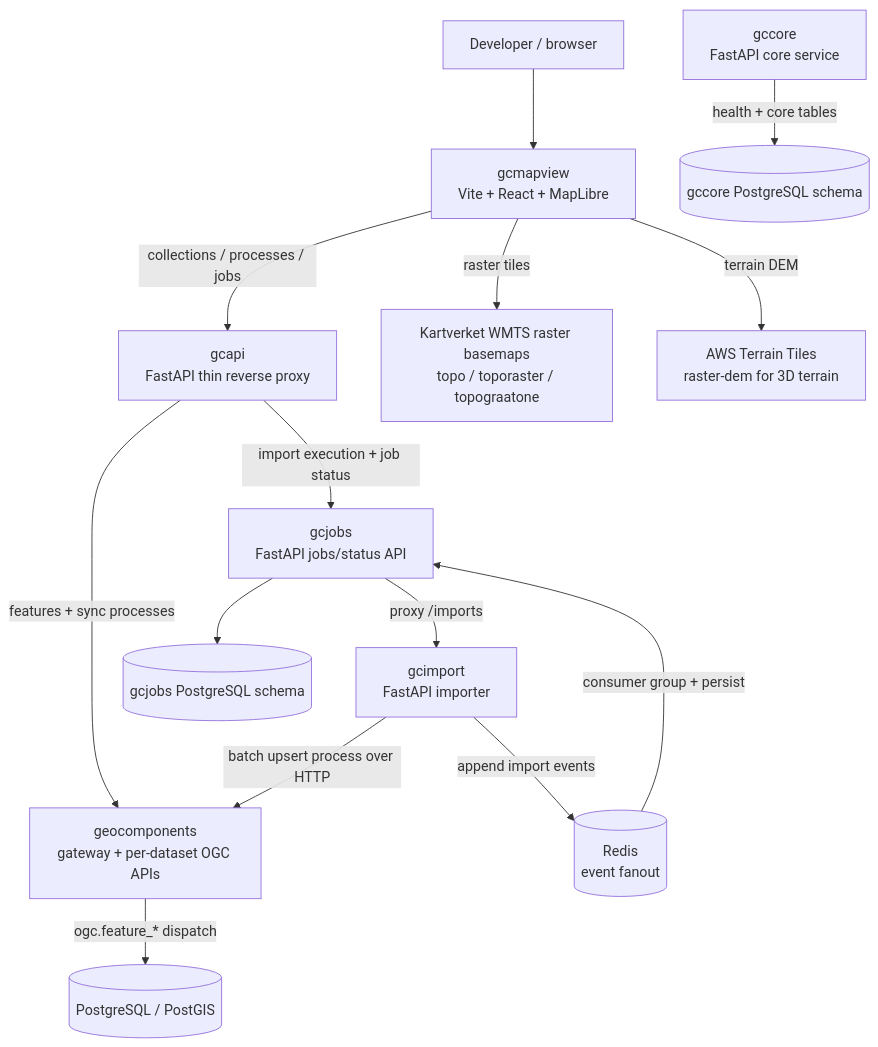
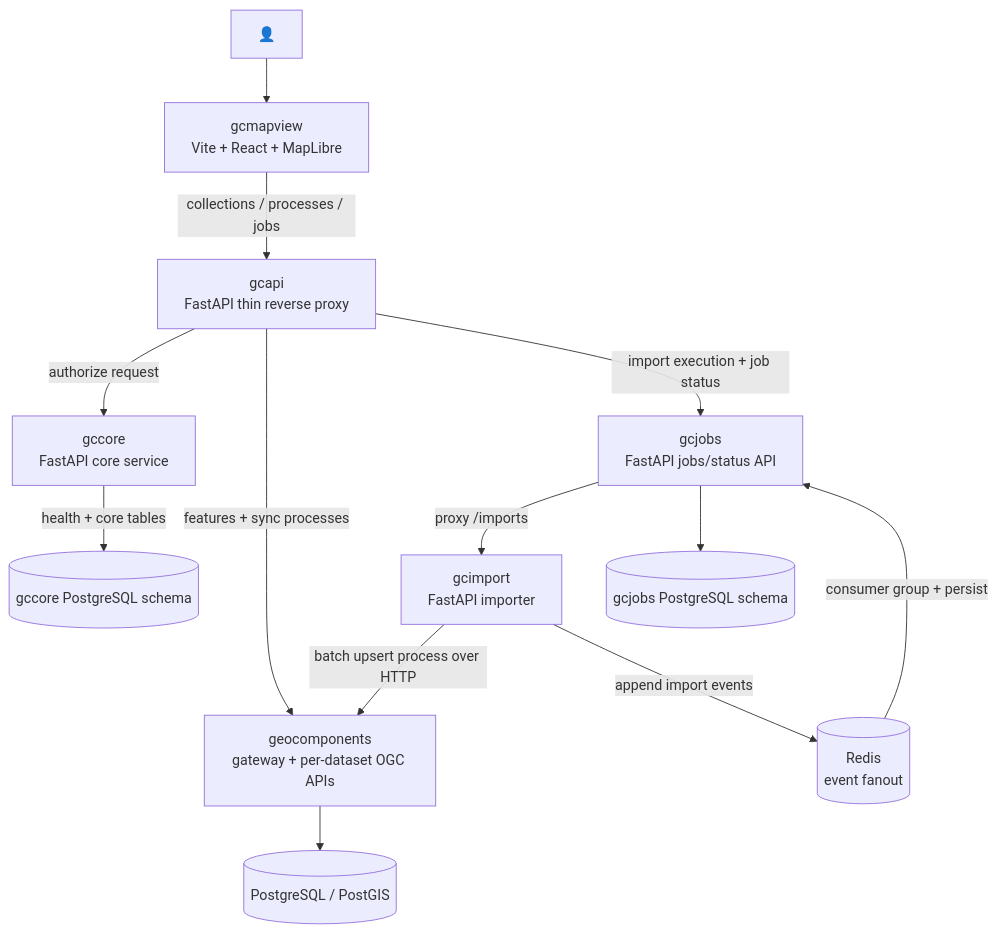
The first of 13 diagrams in docs/ARCHITECTURE.md (kartverket/topografisk-gdb-api), drawn with Mermaid before and after one commit. The commit also changed other lines of this file and 12 other files, not shown here.

````diff
--- a/docs/ARCHITECTURE.md
+++ b/docs/ARCHITECTURE.md
@@ -13,30 +13,27 @@
 ```mermaid
 flowchart TB
-  User["Developer / browser"]
+  User["👤"]
   FE["gcmapview<br/>Vite + React + MapLibre"]
   GCAPI["gcapi<br/>FastAPI thin reverse proxy"]
   IMP["gcimport<br/>FastAPI importer"]
   JOBS["gcjobs<br/>FastAPI jobs/status API"]
   CORE["gccore<br/>FastAPI core service"]
   API["geocomponents<br/>gateway + per-dataset OGC APIs"]
   REDIS[("Redis<br/>event fanout")]
   DB[("PostgreSQL / PostGIS")]
   JOBDB[("gcjobs PostgreSQL schema")]
   COREDB[("gccore PostgreSQL schema")]
-  BASE["Kartverket WMTS raster basemaps<br/>topo / toporaster / topograatone"]
-  TERRAIN["AWS Terrain Tiles<br/>raster-dem for 3D terrain"]
 
   User --> FE
   FE -->|collections / processes / jobs| GCAPI
-  FE -->|raster tiles| BASE
-  FE -->|terrain DEM| TERRAIN
+  GCAPI -->|authorize request| CORE
   GCAPI -->|features + sync processes| API
   GCAPI -->|import execution + job status| JOBS
   JOBS -->|proxy /imports| IMP
   IMP -->|batch upsert process over HTTP| API
   IMP -->|append import events| REDIS
   REDIS -->|consumer group + persist| JOBS
-  API -->|ogc.feature_* dispatch| DB
+  API --> DB
   JOBS --> JOBDB
   CORE -->|health + core tables| COREDB
 ```
````
